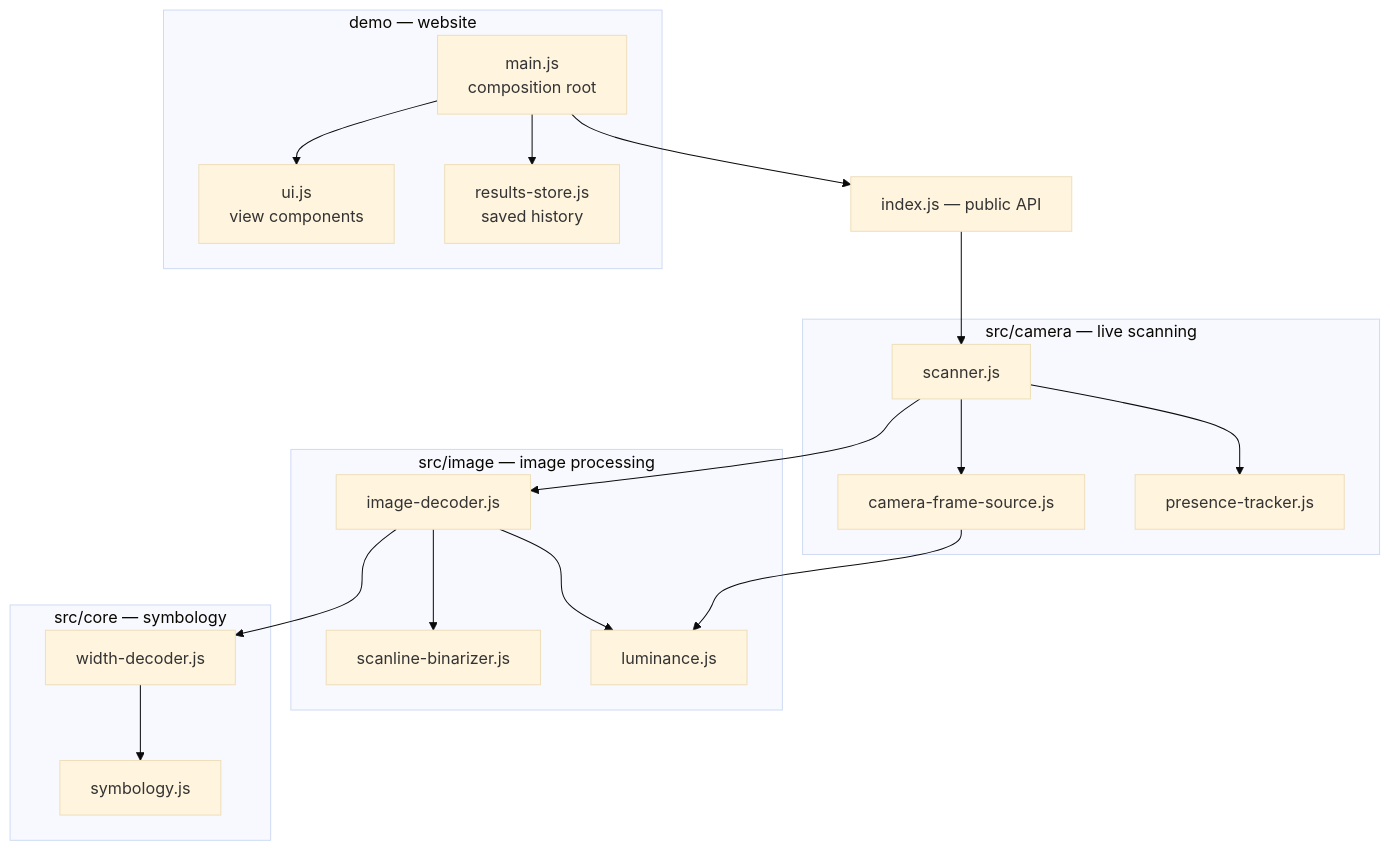
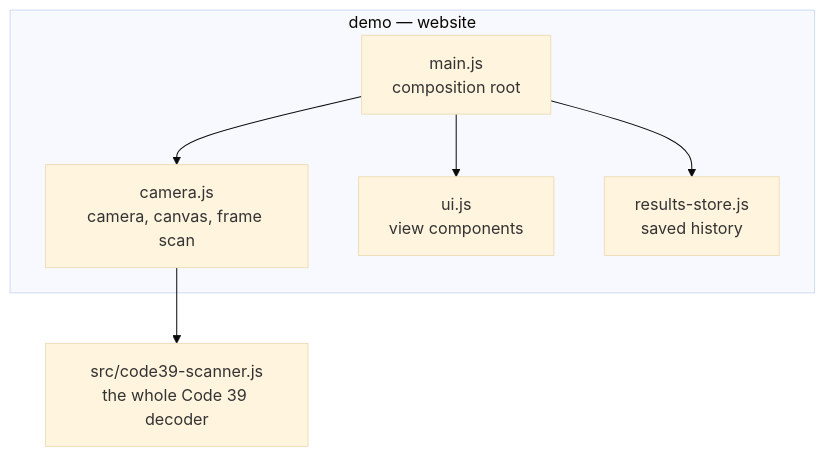
Before and after one commit to yagnikpipaliya/code39scanner: the fourth of 4 diagrams in README.md, drawn with Mermaid (base theme). The commit also changed other lines of this file and 19 other files, not shown here.

First line of the commit message:
refactor: consolidate the Code 39 decoder into one 95-line file

````diff
--- a/README.md
+++ b/README.md
@@ -135,34 +124,14 @@
 ```mermaid
 flowchart TD
+    decoder["src/code39-scanner.js<br/>the whole Code 39 decoder"]
     subgraph Demo["demo — website"]
         main["main.js<br/>composition root"]
+        camera["camera.js<br/>camera, canvas, frame scan"]
         ui["ui.js<br/>view components"]
         store["results-store.js<br/>saved history"]
     end
-    subgraph Camera["src/camera — live scanning"]
-        scanner["scanner.js"]
-        source["camera-frame-source.js"]
-        tracker["presence-tracker.js"]
-    end
-    subgraph Image["src/image — image processing"]
-        decoder["image-decoder.js"]
-        binarizer["scanline-binarizer.js"]
-        luminance["luminance.js"]
-    end
-    subgraph Core["src/core — symbology"]
-        width["width-decoder.js"]
-        symbology["symbology.js"]
-    end
+    main --> camera
     main --> ui
     main --> store
-    main --> api["index.js — public API"]
-    api --> scanner
-    scanner --> source
-    scanner --> tracker
-    scanner --> decoder
-    source --> luminance
-    decoder --> binarizer
-    decoder --> luminance
-    decoder --> width
-    width --> symbology
+    camera --> decoder
 ```
````
